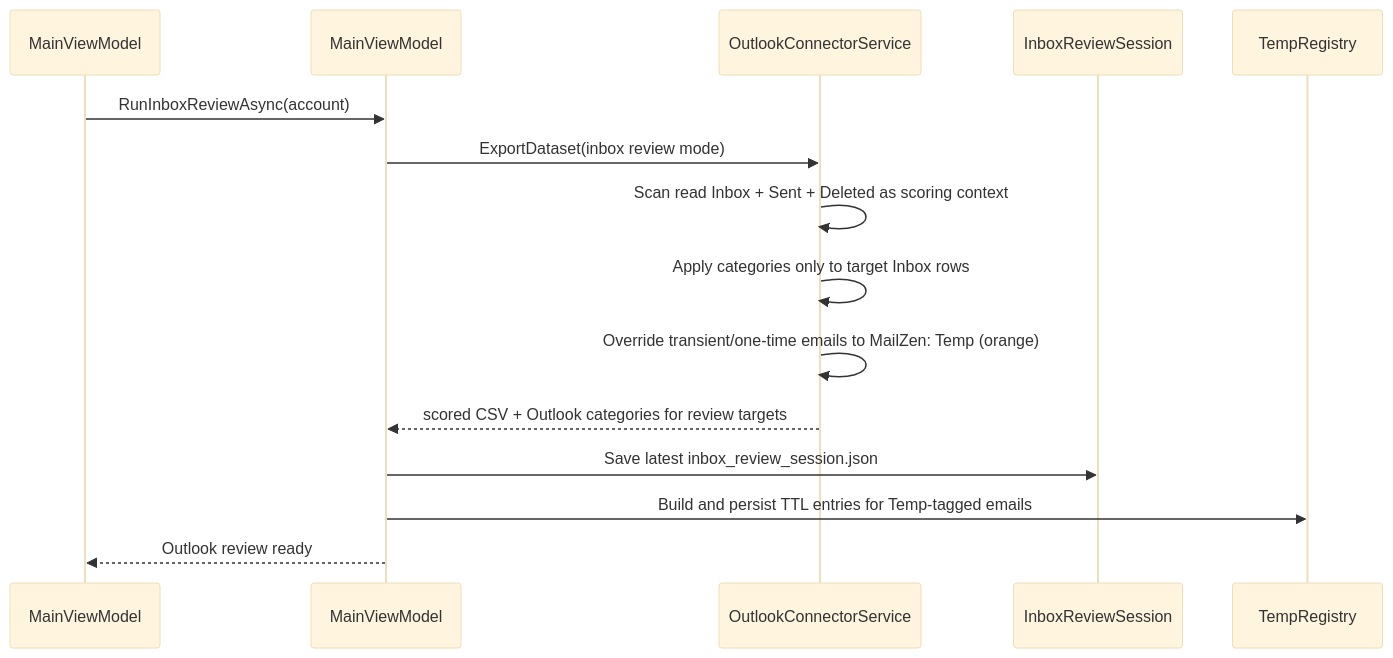
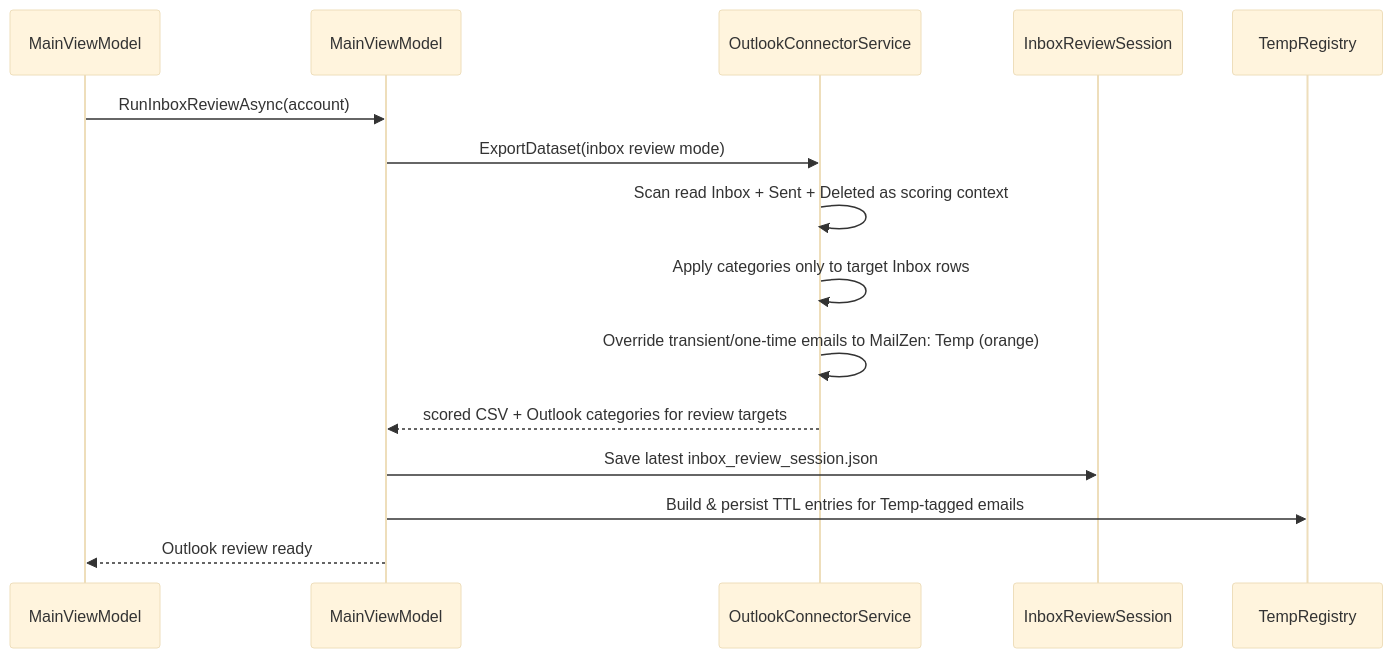
One commit to kbdarius/MailZen changed the fourth of 6 diagrams in Docs/MailZen_Architecture_and_User_Manual.md. Above: the diagram before and after it, drawn with Mermaid (base theme). The commit also changed other lines of this file and 45 other files, not shown here.

````diff
--- a/Docs/MailZen_Architecture_and_User_Manual.md
+++ b/Docs/MailZen_Architecture_and_User_Manual.md
@@ -171,17 +193,17 @@
 ```mermaid
 sequenceDiagram
     participant UI as MainViewModel
     participant VM as MainViewModel
     participant OCS as OutlookConnectorService
     participant S as InboxReviewSession
 
     UI->>VM: RunInboxReviewAsync(account)
     VM->>OCS: ExportDataset(inbox review mode)
     OCS->>OCS: Scan read Inbox + Sent + Deleted as scoring context
     OCS->>OCS: Apply categories only to target Inbox rows
     OCS->>OCS: Override transient/one-time emails to MailZen: Temp (orange)
     OCS-->>VM: scored CSV + Outlook categories for review targets
     VM->>S: Save latest inbox_review_session.json
-    VM->>TempRegistry: Build and persist TTL entries for Temp-tagged emails
+    VM->>TempRegistry: Build & persist TTL entries for Temp-tagged emails
     VM-->>UI: Outlook review ready
 ```
````
